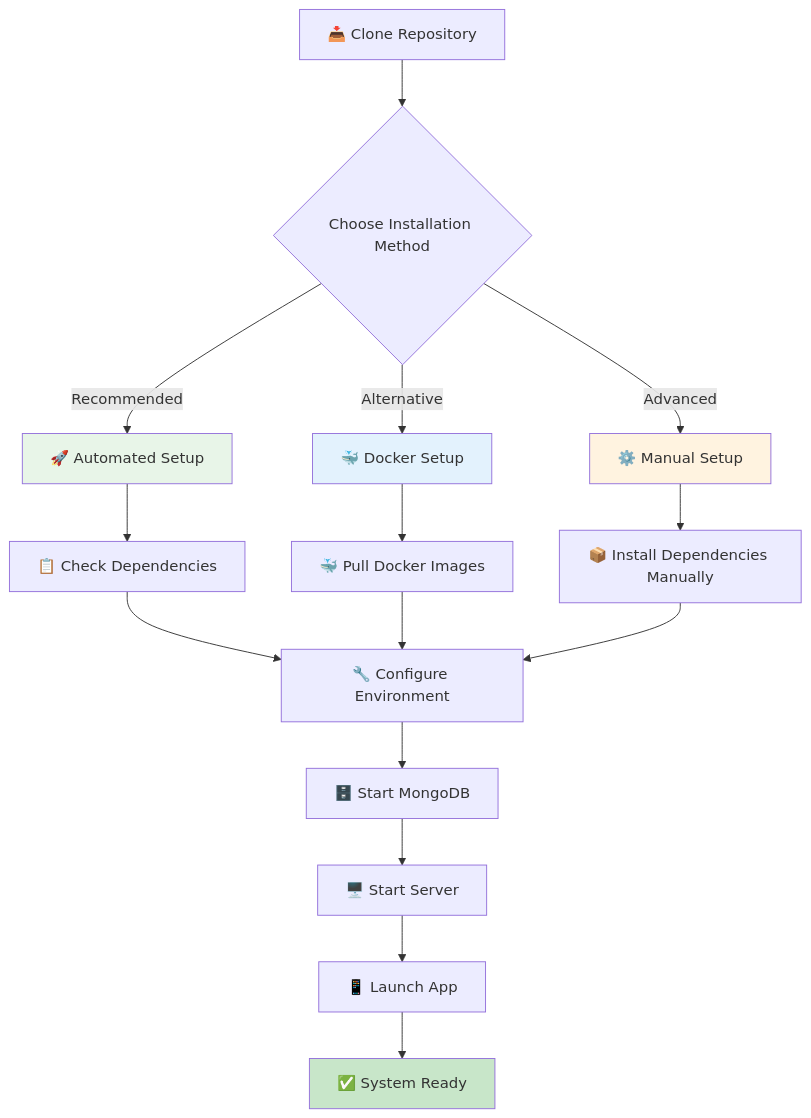
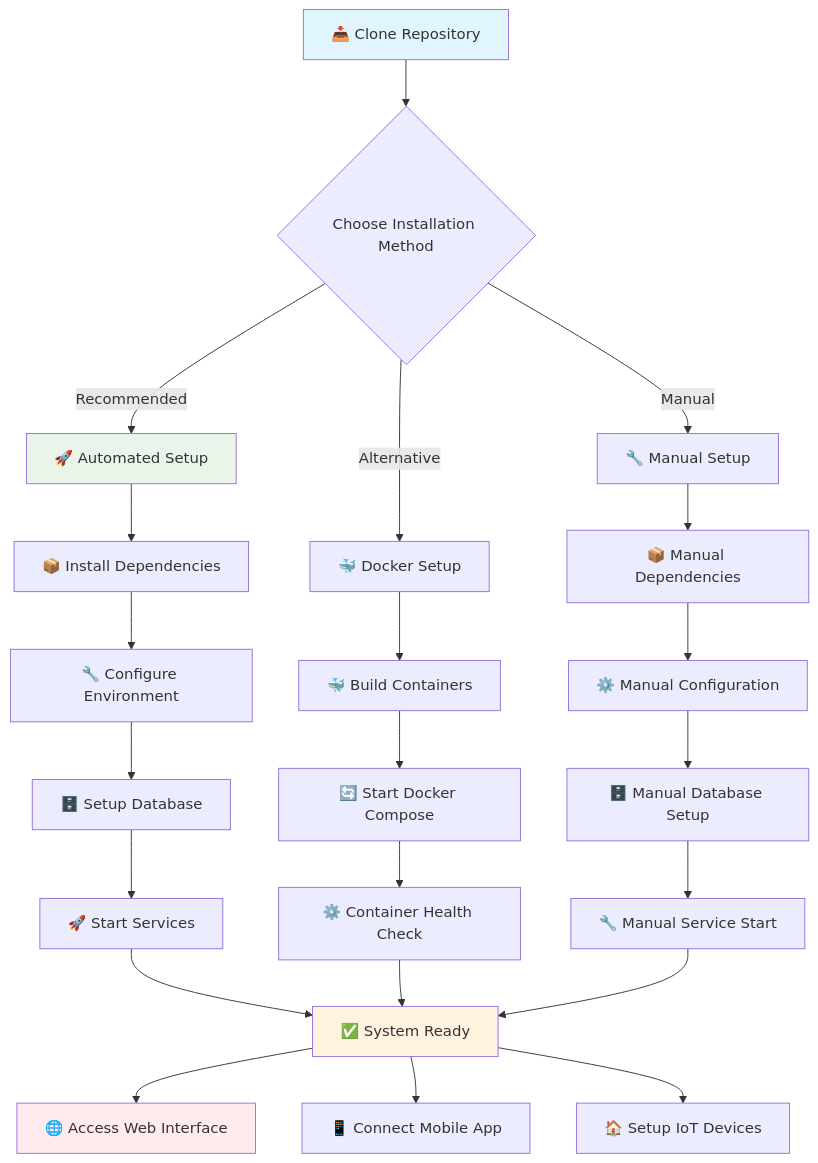
The first of 3 diagrams in docs/getting_started.md (TheusHen/roommate), drawn with Mermaid before and after one commit. The commit also changed other lines of this file and 4 other files, not shown here.

Commit message:
Complete memory and IoT tutorials, enhance docs with Mermaid diagrams

````diff
--- a/docs/getting_started.md
+++ b/docs/getting_started.md
@@ -46,25 +46,33 @@
 ```mermaid
 graph TD
     A[📥 Clone Repository] --> B{Choose Installation Method}
     B -->|Recommended| C[🚀 Automated Setup]
     B -->|Alternative| D[🐳 Docker Setup]
-    B -->|Advanced| E[⚙️ Manual Setup]
+    B -->|Manual| E[🔧 Manual Setup]
     
-    C --> F[📋 Check Dependencies]
-    D --> G[🐳 Pull Docker Images]
-    E --> H[📦 Install Dependencies Manually]
+    C --> F[📦 Install Dependencies]
+    F --> G[🔧 Configure Environment]
+    G --> H[🗄️ Setup Database]
+    H --> I[🚀 Start Services]
+    I --> J[✅ System Ready]
     
-    F --> I[🔧 Configure Environment]
-    G --> I
-    H --> I
+    D --> K[🐳 Build Containers]
+    K --> L[🔄 Start Docker Compose]
+    L --> M[⚙️ Container Health Check]
+    M --> J
     
-    I --> J[🗄️ Start MongoDB]
-    J --> K[🖥️ Start Server]
-    K --> L[📱 Launch App]
-    L --> M[✅ System Ready]
+    E --> N[📦 Manual Dependencies]
+    N --> O[⚙️ Manual Configuration]
+    O --> P[🗄️ Manual Database Setup]
+    P --> Q[🔧 Manual Service Start]
+    Q --> J
     
+    J --> R[🌐 Access Web Interface]
+    J --> S[📱 Connect Mobile App]
+    J --> T[🏠 Setup IoT Devices]
+    
+    style A fill:#e1f5fe
     style C fill:#e8f5e8
-    style D fill:#e3f2fd
-    style E fill:#fff3e0
-    style M fill:#c8e6c9
+    style J fill:#fff3e0
+    style R fill:#ffebee
 ```
````
